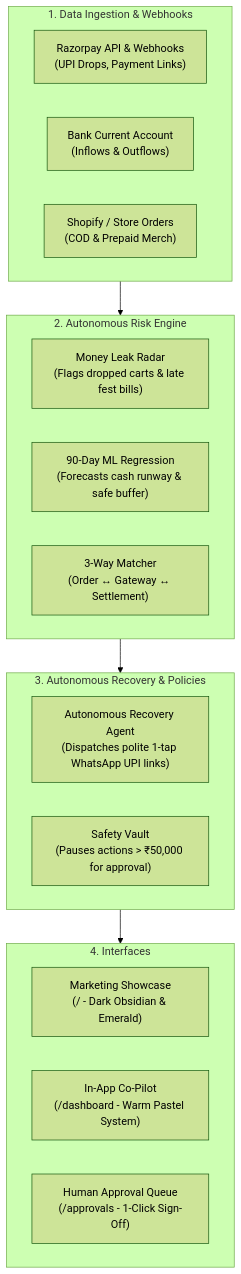
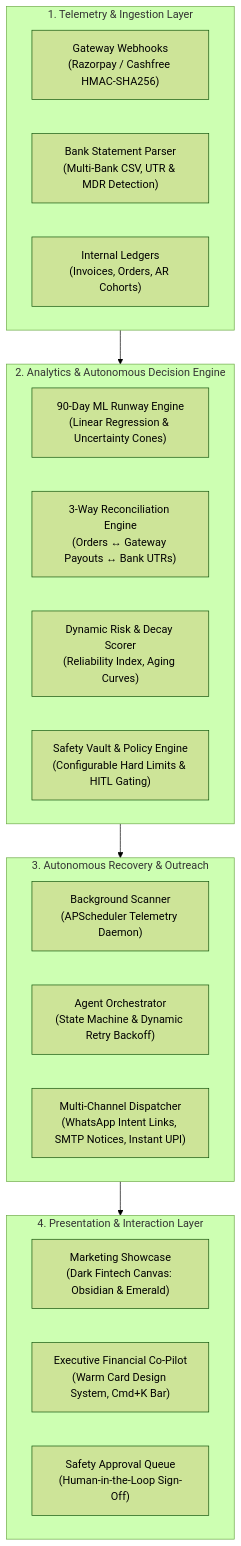
The first of 2 diagrams in README.md (khushikakade/CashPulse-AI), drawn with Mermaid (forest theme) before and after one commit. The commit also changed other lines of this file, not shown here.

````diff
--- a/README.md
+++ b/README.md
@@ -49,29 +27,31 @@
 ```mermaid
 flowchart TD
-    subgraph INGESTION["1. Data Ingestion & Webhooks"]
-        RZP["Razorpay API & Webhooks\n(UPI Drops, Payment Links)"]
-        BANK["Bank Current Account\n(Inflows & Outflows)"]
-        STORE["Shopify / Store Orders\n(COD & Prepaid Merch)"]
+    subgraph INGESTION["1. Telemetry & Ingestion Layer"]
+        PG_WH["Gateway Webhooks\n(Razorpay / Cashfree HMAC-SHA256)"]
+        BANK_CSV["Bank Statement Parser\n(Multi-Bank CSV, UTR & MDR Detection)"]
+        ERP["Internal Ledgers\n(Invoices, Orders, AR Cohorts)"]
     end
 
-    subgraph RADAR["2. Autonomous Risk Engine"]
-        DETECTOR["Money Leak Radar\n(Flags dropped carts & late fest bills)"]
-        ML_ENGINE["90-Day ML Regression\n(Forecasts cash runway & safe buffer)"]
-        RECON["3-Way Matcher\n(Order ↔ Gateway ↔ Settlement)"]
+    subgraph ENGINE["2. Analytics & Autonomous Decision Engine"]
+        ML_RUNWAY["90-Day ML Runway Engine\n(Linear Regression & Uncertainty Cones)"]
+        RECON["3-Way Reconciliation Engine\n(Orders ↔ Gateway Payouts ↔ Bank UTRs)"]
+        RISK_SCORER["Dynamic Risk & Decay Scorer\n(Reliability Index, Aging Curves)"]
+        POLICY["Safety Vault & Policy Engine\n(Configurable Hard Limits & HITL Gating)"]
     end
 
-    subgraph ACTIONS["3. Autonomous Recovery & Policies"]
-        AGENT["Autonomous Recovery Agent\n(Dispatches polite 1-tap WhatsApp UPI links)"]
-        POLICY["Safety Vault\n(Pauses actions > ₹50,000 for approval)"]
+    subgraph AUTOMATION["3. Autonomous Recovery & Outreach"]
+        SCHEDULER["Background Scanner\n(APScheduler Telemetry Daemon)"]
+        ORCHESTRATOR["Agent Orchestrator\n(State Machine & Dynamic Retry Backoff)"]
+        OUTREACH["Multi-Channel Dispatcher\n(WhatsApp Intent Links, SMTP Notices, Instant UPI)"]
     end
 
-    subgraph CLIENTS["4. Interfaces"]
-        MARKETING["Marketing Showcase\n(/ - Dark Obsidian & Emerald)"]
-        DASHBOARD["In-App Co-Pilot\n(/dashboard - Warm Pastel System)"]
-        APPROVALS["Human Approval Queue\n(/approvals - 1-Click Sign-Off)"]
+    subgraph INTERFACES["4. Presentation & Interaction Layer"]
+        UI_HERO["Marketing Showcase\n(Dark Fintech Canvas: Obsidian & Emerald)"]
+        UI_APP["Executive Financial Co-Pilot\n(Warm Card Design System, Cmd+K Bar)"]
+        UI_APPROVALS["Safety Approval Queue\n(Human-in-the-Loop Sign-Off)"]
     end
 
-    INGESTION --> RADAR
-    RADAR --> ACTIONS
-    ACTIONS --> CLIENTS
+    INGESTION --> ENGINE
+    ENGINE --> AUTOMATION
+    AUTOMATION --> INTERFACES
 ```
````
